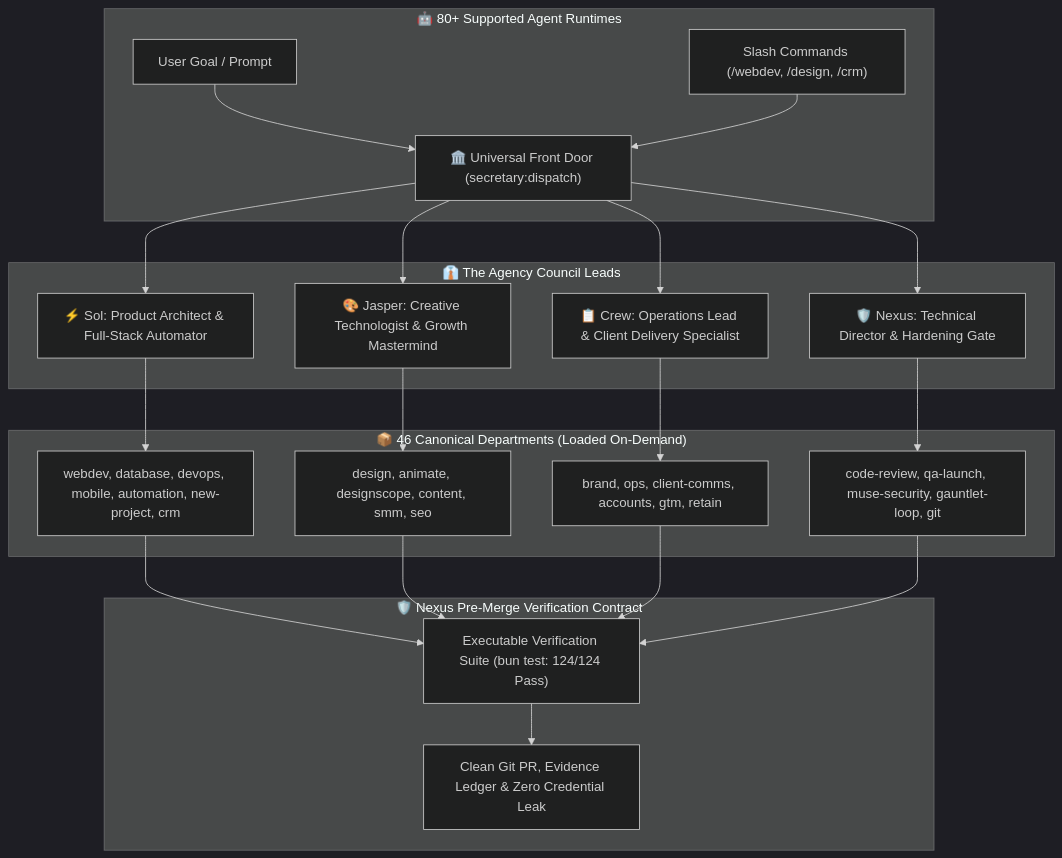
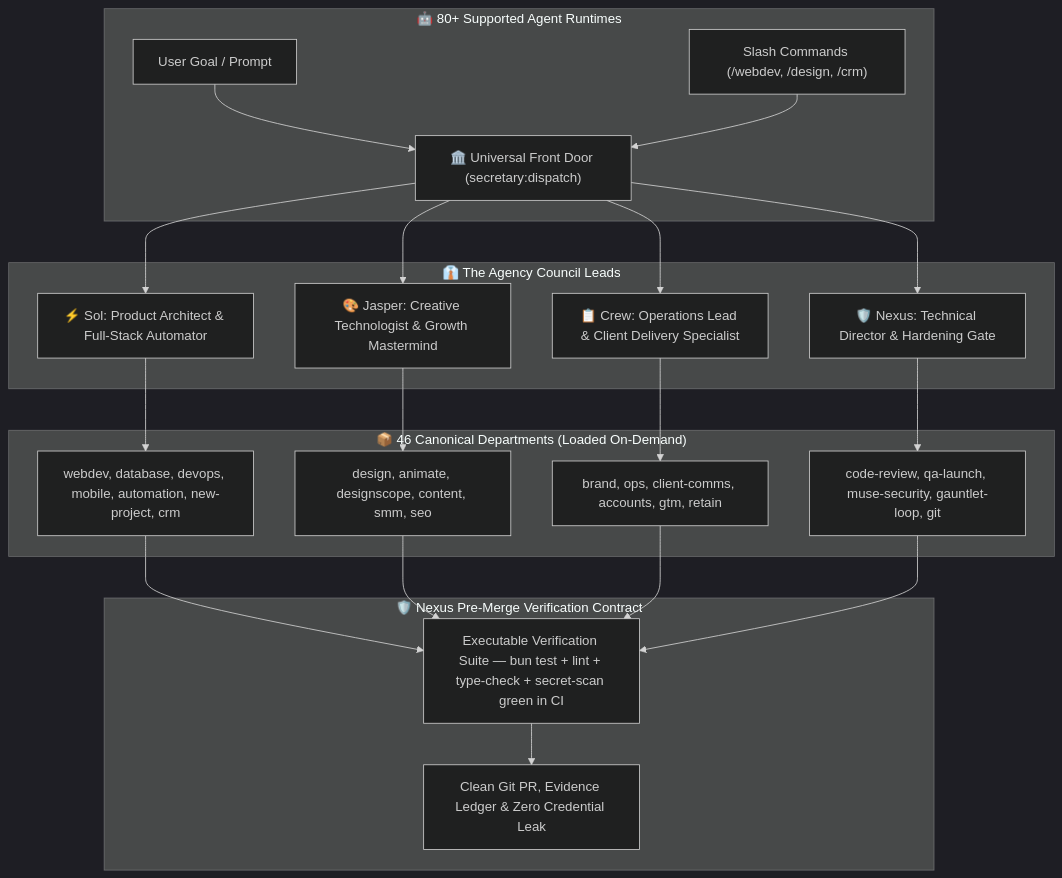
One commit to harshsinghmp/muse-skills changed the diagram in README.md. Above: the diagram before and after it, drawn with Mermaid (dark theme). The commit also changed other lines of this file and 1 other file, not shown here.

````diff
--- a/README.md
+++ b/README.md
@@ -64,29 +64,29 @@
 ```mermaid
 flowchart TD
     subgraph Harness ["🤖 80+ Supported Agent Runtimes"]
         UserPrompt["User Goal / Prompt"] --> Dispatcher["🏛️ Universal Front Door (secretary:dispatch)"]
         SlashCmd["Slash Commands (/webdev, /design, /crm)"] --> Dispatcher
     end
 
     subgraph Council ["👔 The Agency Council Leads"]
         Dispatcher --> Sol["⚡ Sol: Product Architect & Full-Stack Automator"]
         Dispatcher --> Jasper["🎨 Jasper: Creative Technologist & Growth Mastermind"]
         Dispatcher --> Crew["📋 Crew: Operations Lead & Client Delivery Specialist"]
         Dispatcher --> NexusLead["🛡️ Nexus: Technical Director & Hardening Gate"]
     end
 
     subgraph SkillLayer ["📦 46 Canonical Departments (Loaded On-Demand)"]
         Sol --> EngSkills["webdev, database, devops, mobile, automation, new-project, crm"]
         Jasper --> DesignSkills["design, animate, designscope, content, smm, seo"]
         Crew --> OpsSkills["brand, ops, client-comms, accounts, gtm, retain"]
         NexusLead --> QualitySkills["code-review, qa-launch, muse-security, gauntlet-loop, git"]
     end
 
     subgraph QualityGates ["🛡️ Nexus Pre-Merge Verification Contract"]
-        EngSkills --> Gate["Executable Verification Suite (bun test: 124/124 Pass)"]
+        EngSkills --> Gate["Executable Verification Suite — bun test + lint + type-check + secret-scan green in CI"]
         DesignSkills --> Gate
         OpsSkills --> Gate
         QualitySkills --> Gate
         Gate --> Output["Clean Git PR, Evidence Ledger & Zero Credential Leak"]
     end
 ```
````
